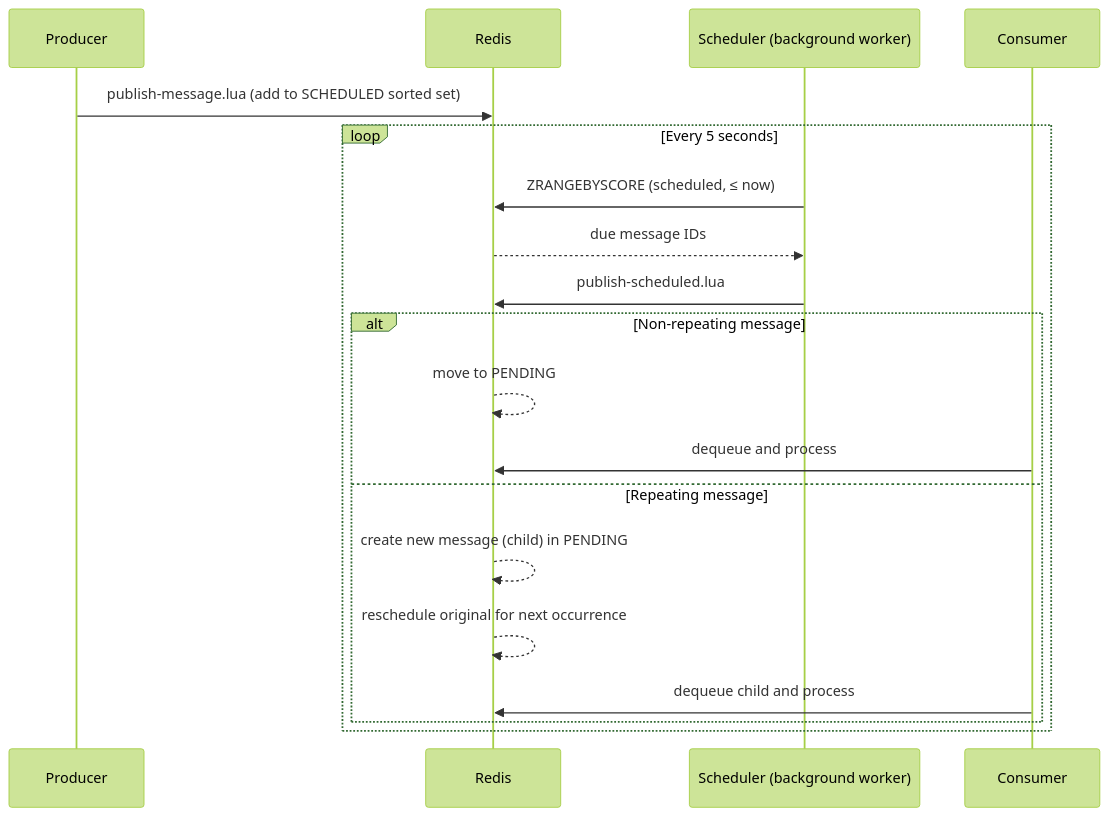
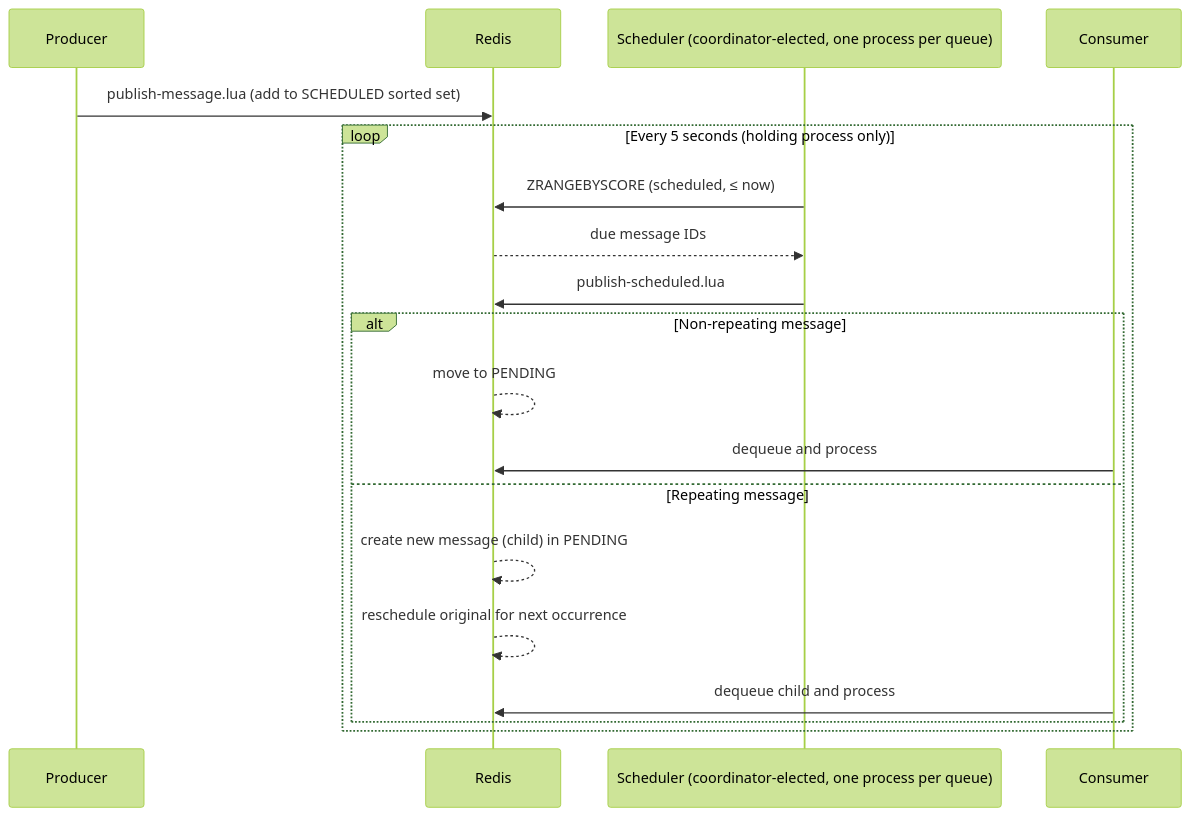
The second of 2 diagrams in next/scheduling-messages.md (weyoss/redis-smq-docs), drawn with Mermaid (forest theme) before and after one commit. The commit also changed other lines of this file, not shown here.

First line of the commit message:
docs(scheduling-messages): correct scheduler scope to coordinator-elected

````diff
--- a/next/scheduling-messages.md
+++ b/next/scheduling-messages.md
@@ -103,22 +103,22 @@
 ```mermaid
 sequenceDiagram
     participant P as Producer
     participant Redis as Redis
-    participant Scheduler as Scheduler (background worker)
+    participant Scheduler as Scheduler (coordinator-elected, one process per queue)
     participant C as Consumer
 
     P->>Redis: publish‑message.lua (add to SCHEDULED sorted set)
-    loop Every 5 seconds
+    loop Every 5 seconds (holding process only)
         Scheduler->>Redis: ZRANGEBYSCORE (scheduled, ≤ now)
         Redis-->>Scheduler: due message IDs
         Scheduler->>Redis: publish‑scheduled.lua
         alt Non‑repeating message
             Redis-->>Redis: move to PENDING
             C->>Redis: dequeue and process
         else Repeating message
             Redis-->>Redis: create new message (child) in PENDING
             Redis-->>Redis: reschedule original for next occurrence
             C->>Redis: dequeue child and process
         end
     end
 ```
````
